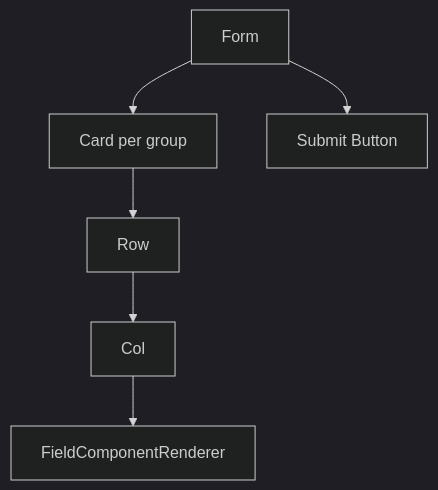
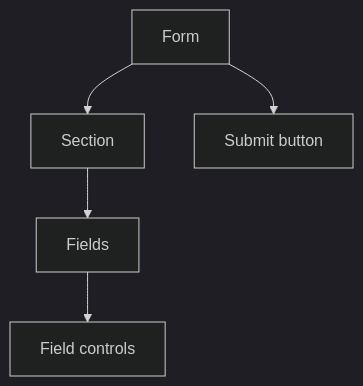
Before and after one commit to whynotsnow/dynamic-form: the second of 2 diagrams in apps/docs-site/i18n/en/docusaurus-plugin-content-docs/current/rendering-and-ui.md, drawn with Mermaid (dark theme). The commit also changed other lines of this file and 13 other files, not shown here.

````diff
--- a/apps/docs-site/i18n/en/docusaurus-plugin-content-docs/current/rendering-and-ui.md
+++ b/apps/docs-site/i18n/en/docusaurus-plugin-content-docs/current/rendering-and-ui.md
@@ -19,8 +25,7 @@
 ```mermaid
 flowchart TD
-  form["Form"] --> card["Card per group"]
-  card --> row["Row"]
-  row --> col["Col"]
-  col --> renderer["FieldComponentRenderer"]
-  form --> submit["Submit Button"]
+  form["Form"] --> group["Section"]
+  group --> fields["Fields"]
+  fields --> controls["Field controls"]
+  form --> submit["Submit button"]
 ```
````
